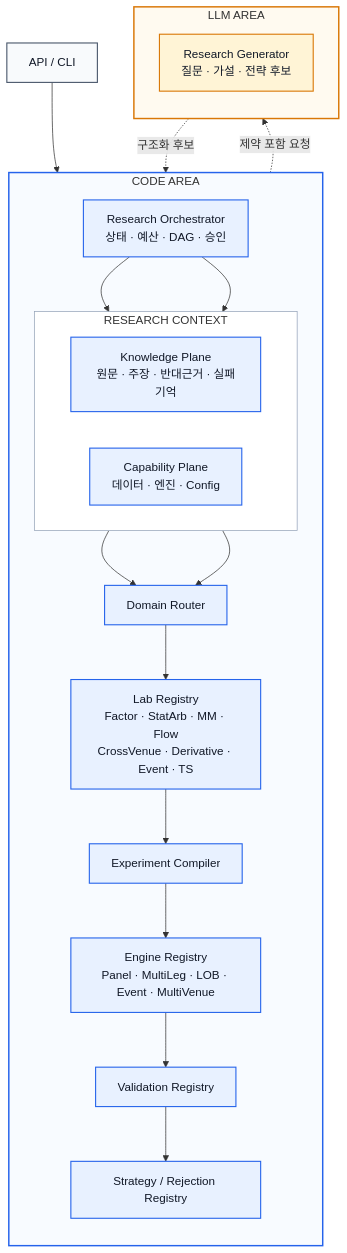
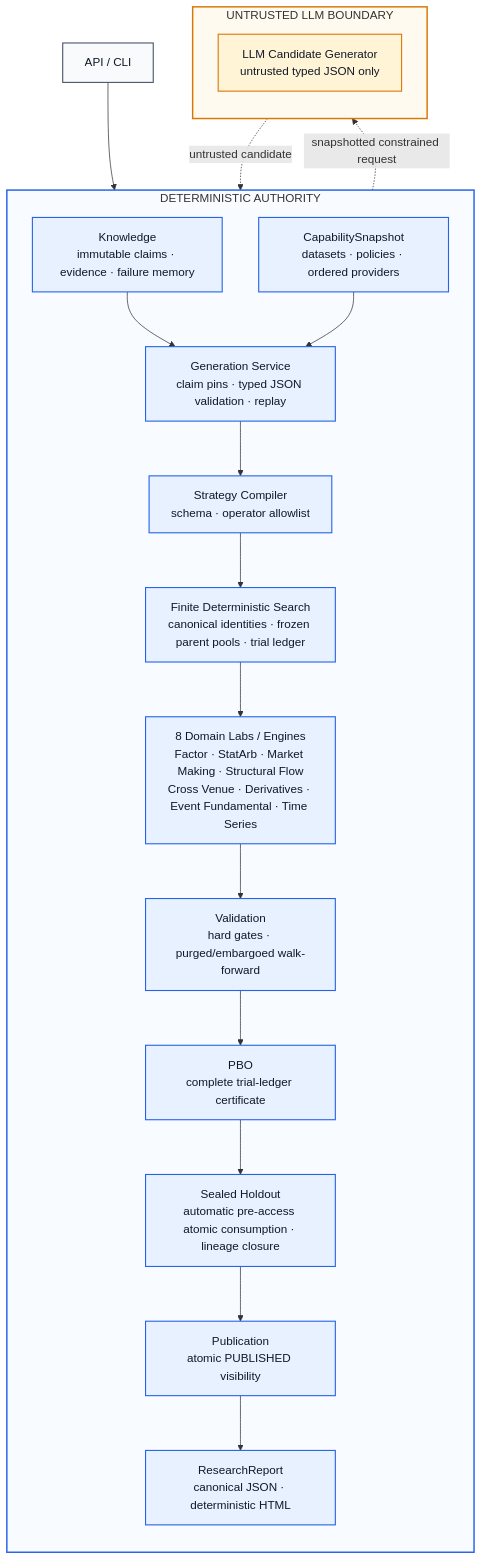
Before and after one commit to PJH-02/Alpha_factory: the diagram in docs/diagrams/alpha_foundry_overview.mmd, drawn with Mermaid. The commit also changed 157 other files, not shown here.

```diff
--- a/docs/diagrams/alpha_foundry_overview.mmd
+++ b/docs/diagrams/alpha_foundry_overview.mmd
@@ -1,50 +1,47 @@
 flowchart TB
-    UI["API / CLI"]
+    ENTRY["API / CLI"]
 
-    subgraph CODE["CODE AREA"]
+    subgraph AUTH["DETERMINISTIC AUTHORITY"]
         direction TB
-        ORCH["Research Orchestrator<br/>상태 · 예산 · DAG · 승인"]
+        KNOWLEDGE["Knowledge<br/>immutable claims · evidence · failure memory"]
+        SNAPSHOT["CapabilitySnapshot<br/>datasets · policies · ordered providers"]
+        GENERATION["Generation Service<br/>claim pins · typed JSON validation · replay"]
+        COMPILER["Strategy Compiler<br/>schema · operator allowlist"]
+        SEARCH["Finite Deterministic Search<br/>canonical identities · frozen parent pools · trial ledger"]
+        LABS["8 Domain Labs / Engines<br/>Factor · StatArb · Market Making · Structural Flow<br/>Cross Venue · Derivatives · Event Fundamental · Time Series"]
+        VALIDATION["Validation<br/>hard gates · purged/embargoed walk-forward"]
+        PBO["PBO<br/>complete trial-ledger certificate"]
+        HOLDOUT["Sealed Holdout<br/>automatic pre-access atomic consumption · lineage closure"]
+        PUBLICATION["Publication<br/>atomic PUBLISHED visibility"]
+        REPORT["ResearchReport<br/>canonical JSON · deterministic HTML"]
 
-        subgraph CONTEXT["RESEARCH CONTEXT"]
-            direction LR
-            KP["Knowledge Plane<br/>원문 · 주장 · 반대근거 · 실패기억"]
-            CP["Capability Plane<br/>데이터 · 엔진 · Config"]
-        end
-
-        ROUTER["Domain Router"]
-        LAB["Lab Registry<br/>Factor · StatArb · MM · Flow<br/>CrossVenue · Derivative · Event · TS"]
-        COMPILER["Experiment Compiler"]
-        ENGINE["Engine Registry<br/>Panel · MultiLeg · LOB · Event · MultiVenue"]
-        VALIDATION["Validation Registry"]
-        RESULT["Strategy / Rejection Registry"]
-
-        ORCH --> KP
-        ORCH --> CP
-        KP --> ROUTER
-        CP --> ROUTER
-        ROUTER --> LAB
-        LAB --> COMPILER
-        COMPILER --> ENGINE
-        ENGINE --> VALIDATION
-        VALIDATION --> RESULT
+        KNOWLEDGE --> GENERATION
+        SNAPSHOT --> GENERATION
+        GENERATION --> COMPILER
+        COMPILER --> SEARCH
+        SEARCH --> LABS
+        LABS --> VALIDATION
+        VALIDATION --> PBO
+        PBO --> HOLDOUT
+        HOLDOUT --> PUBLICATION
+        PUBLICATION --> REPORT
     end
 
-    subgraph AI["LLM AREA"]
+    subgraph LLM_BOUNDARY["UNTRUSTED LLM BOUNDARY"]
         direction TB
-        GENERATOR["Research Generator<br/>질문 · 가설 · 전략 후보"]
+        LLM_GENERATOR["LLM Candidate Generator<br/>untrusted typed JSON only"]
     end
 
-    UI --> ORCH
-    ORCH -.->|제약 포함 요청| GENERATOR
-    GENERATOR -.->|구조화 후보| ORCH
+    ENTRY --> GENERATION
+    GENERATION -.->|snapshotted constrained request| LLM_GENERATOR
+    LLM_GENERATOR -.->|untrusted candidate| GENERATION
 
-    classDef code fill:#e8f1ff,stroke:#2563eb,stroke-width:1.5px,color:#111827;
+    classDef authority fill:#e8f1ff,stroke:#2563eb,stroke-width:1.5px,color:#111827;
     classDef llm fill:#fff4d6,stroke:#d97706,stroke-width:1.5px,color:#111827;
     classDef entry fill:#f8fafc,stroke:#475569,stroke-width:1.5px,color:#111827;
-    class ORCH,KP,CP,ROUTER,LAB,COMPILER,ENGINE,VALIDATION,RESULT code;
-    class GENERATOR llm;
-    class UI entry;
+    class KNOWLEDGE,SNAPSHOT,GENERATION,COMPILER,SEARCH,LABS,VALIDATION,PBO,HOLDOUT,PUBLICATION,REPORT authority;
+    class LLM_GENERATOR llm;
+    class ENTRY entry;
 
-    style CODE fill:#f8fbff,stroke:#2563eb,stroke-width:2px
-    style AI fill:#fffaf0,stroke:#d97706,stroke-width:2px
-    style CONTEXT fill:#ffffff,stroke:#94a3b8,stroke-width:1px
+    style AUTH fill:#f8fbff,stroke:#2563eb,stroke-width:2px
+    style LLM_BOUNDARY fill:#fffaf0,stroke:#d97706,stroke-width:2px
```
